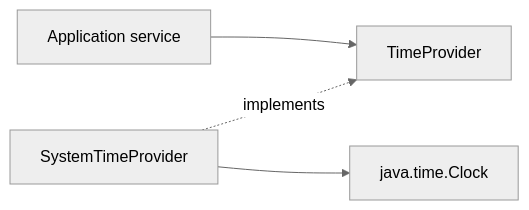
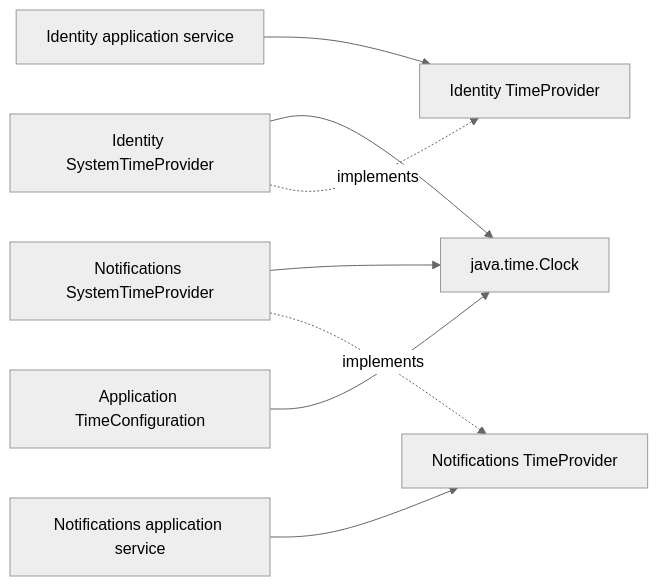
One commit to EdTechDevelopment/EdTech changed the third of 3 diagrams in docs/architecture/diagrams/identity-messaging-time.md. Above: the diagram before and after it, drawn with Mermaid (neutral theme). The commit also changed other lines of this file and 85 other files, not shown here.

````diff
--- a/docs/architecture/diagrams/identity-messaging-time.md
+++ b/docs/architecture/diagrams/identity-messaging-time.md
@@ -50,11 +76,19 @@
 ```mermaid
 flowchart LR
-    SERVICE[Application service]
-    PORT[TimeProvider]
-    ADAPTER[SystemTimeProvider]
+    CONFIG[Application TimeConfiguration]
     CLOCK[java.time.Clock]
+    IDENTITY_SERVICE[Identity application service]
+    IDENTITY_PORT[Identity TimeProvider]
+    IDENTITY_ADAPTER[Identity SystemTimeProvider]
+    NOTIFICATION_SERVICE[Notifications application service]
+    NOTIFICATION_PORT[Notifications TimeProvider]
+    NOTIFICATION_ADAPTER[Notifications SystemTimeProvider]
 
-    SERVICE --> PORT
-    ADAPTER -. implements .-> PORT
-    ADAPTER --> CLOCK
+    CONFIG --> CLOCK
+    IDENTITY_SERVICE --> IDENTITY_PORT
+    IDENTITY_ADAPTER -. implements .-> IDENTITY_PORT
+    IDENTITY_ADAPTER --> CLOCK
+    NOTIFICATION_SERVICE --> NOTIFICATION_PORT
+    NOTIFICATION_ADAPTER -. implements .-> NOTIFICATION_PORT
+    NOTIFICATION_ADAPTER --> CLOCK
 ```
````
